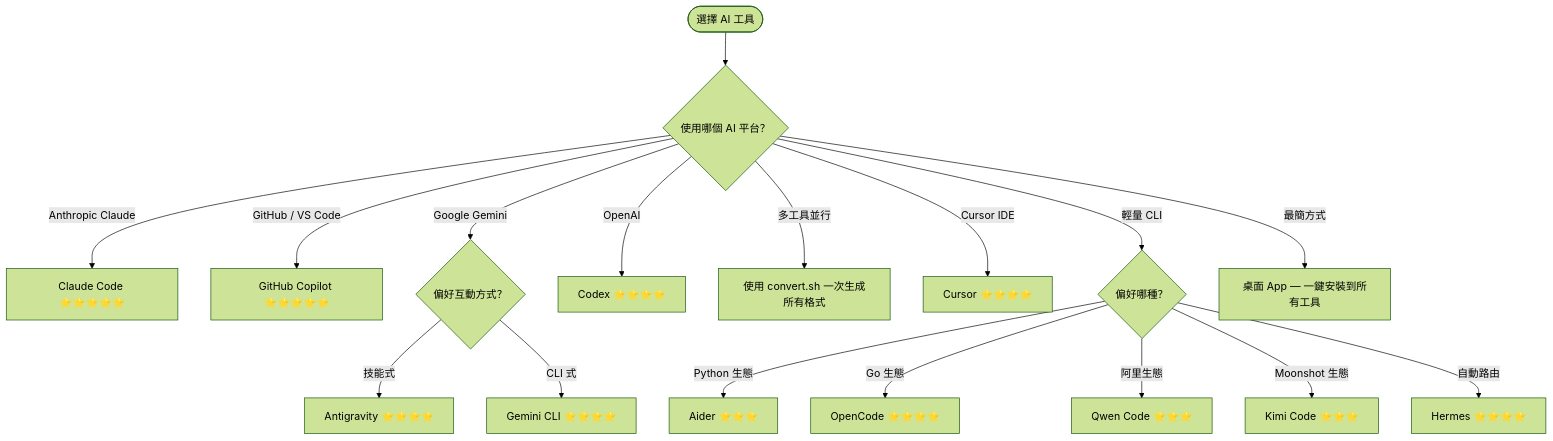
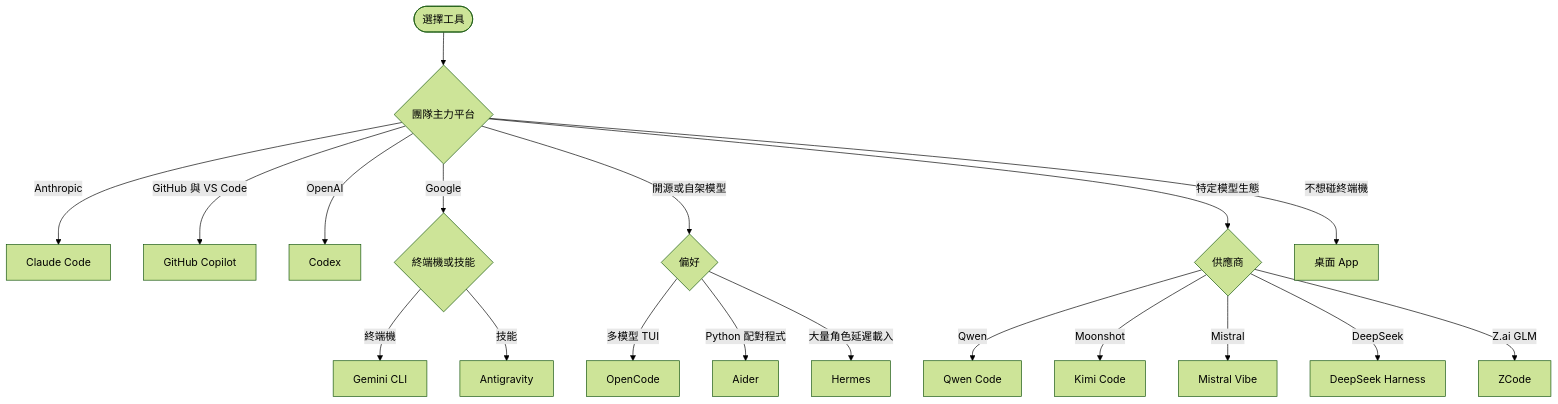
One commit to chihhung/Blog changed the seventh of 15 diagrams in content/posts/教學/AI開發/agency-agents教學手冊.md. Above: the diagram before and after it, drawn with Mermaid (forest theme). The commit also changed other lines of this file and 1 other file, not shown here.

````diff
--- a/content/posts/教學/AI開發/agency-agents教學手冊.md
+++ b/content/posts/教學/AI開發/agency-agents教學手冊.md
@@ -1458,19 +1882,21 @@
 ```mermaid
 graph TD
-    START([選擇 AI 工具]) --> Q1{使用哪個 AI 平台？}
-    Q1 -->|Anthropic Claude| CC[Claude Code ⭐⭐⭐⭐⭐]
-    Q1 -->|GitHub / VS Code| CP[GitHub Copilot ⭐⭐⭐⭐⭐]
-    Q1 -->|Google Gemini| AG{偏好互動方式？}
-    AG -->|技能式| ANTI[Antigravity ⭐⭐⭐⭐]
-    AG -->|CLI 式| GEM[Gemini CLI ⭐⭐⭐⭐]
-    Q1 -->|OpenAI| CODEX[Codex ⭐⭐⭐⭐]
-    Q1 -->|多工具並行| MULTI[使用 convert.sh 一次生成所有格式]
-    Q1 -->|Cursor IDE| CUR[Cursor ⭐⭐⭐⭐]
-    Q1 -->|輕量 CLI| Q2{偏好哪種？}
-    Q2 -->|Python 生態| AIDER[Aider ⭐⭐⭐]
-    Q2 -->|Go 生態| OC[OpenCode ⭐⭐⭐⭐]
-    Q2 -->|阿里生態| QW[Qwen Code ⭐⭐⭐]
-    Q2 -->|Moonshot 生態| KIMI[Kimi Code ⭐⭐⭐]
-    Q2 -->|自動路由| HERMES[Hermes ⭐⭐⭐⭐]
-    Q1 -->|最簡方式| APP[桌面 App — 一鍵安裝到所有工具]
+    START([選擇工具]) --> Q1{團隊主力平台}
+    Q1 -->|Anthropic| CC[Claude Code]
+    Q1 -->|GitHub 與 VS Code| CP[GitHub Copilot]
+    Q1 -->|OpenAI| CX[Codex]
+    Q1 -->|Google| G{終端機或技能}
+    G -->|終端機| GC[Gemini CLI]
+    G -->|技能| AG[Antigravity]
+    Q1 -->|開源或自架模型| OSS{偏好}
+    OSS -->|多模型 TUI| OC[OpenCode]
+    OSS -->|Python 配對程式| AI[Aider]
+    OSS -->|大量角色延遲載入| HM[Hermes]
+    Q1 -->|特定模型生態| ECO{供應商}
+    ECO -->|Qwen| QW[Qwen Code]
+    ECO -->|Moonshot| KM[Kimi Code]
+    ECO -->|Mistral| VB[Mistral Vibe]
+    ECO -->|DeepSeek| DS[DeepSeek Harness]
+    ECO -->|Z.ai GLM| ZC[ZCode]
+    Q1 -->|不想碰終端機| APP[桌面 App]
 ```
````
